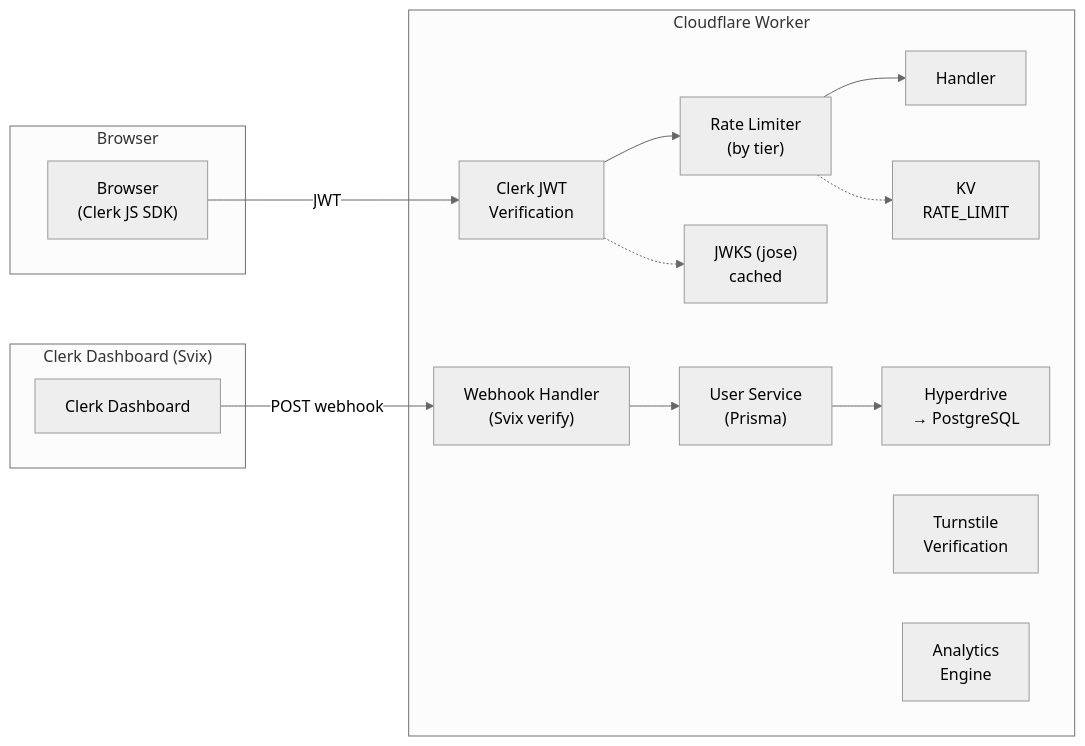
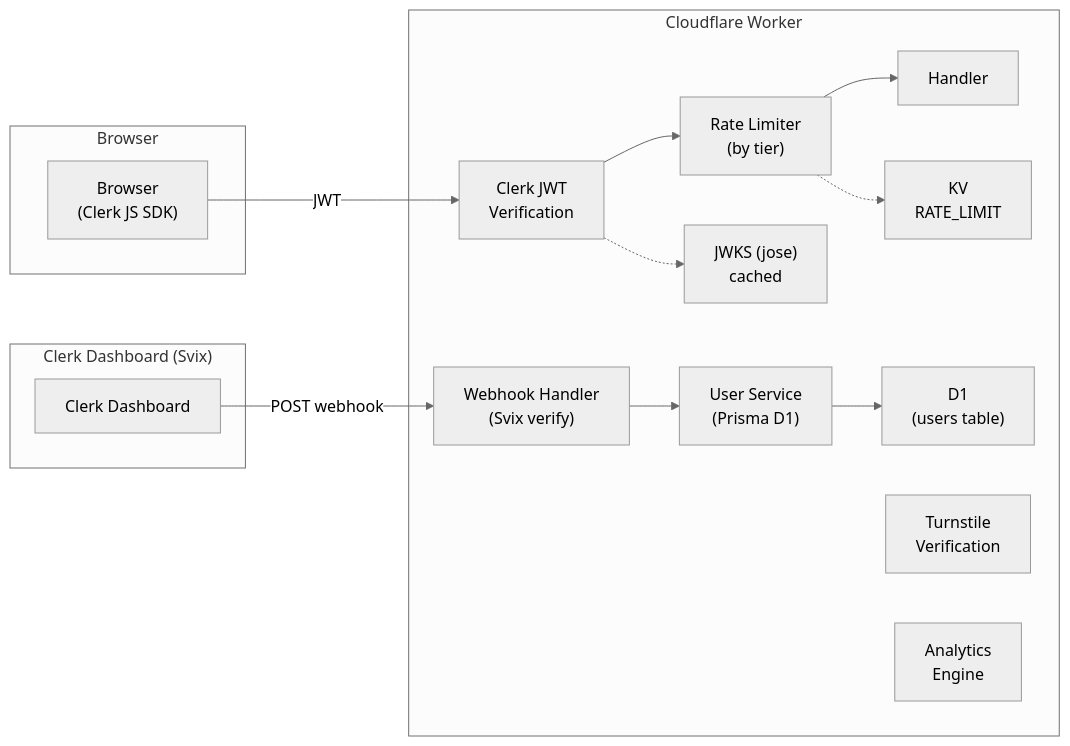
One commit to AdguardTeam/HostlistCompiler changed the first of 3 diagrams in docs/auth/clerk-cloudflare-integration.md. Above: the diagram before and after it, drawn with Mermaid (neutral theme). The commit also changed other lines of this file and 3 other files, not shown here.

First line of the commit message:
docs(auth): update D1 architecture, fix PostgreSQL refs, add deployment guide

````diff
--- a/docs/auth/clerk-cloudflare-integration.md
+++ b/docs/auth/clerk-cloudflare-integration.md
@@ -54,32 +55,32 @@
 ```mermaid
 flowchart LR
     subgraph Browser
         CLERKJS["Browser\n(Clerk JS SDK)"]
     end
 
     subgraph DASH["Clerk Dashboard (Svix)"]
         SVIX["Clerk Dashboard"]
     end
 
     subgraph WORKER["Cloudflare Worker"]
         JWT_VERIFY["Clerk JWT\nVerification"]
         RATE_LIMITER["Rate Limiter\n(by tier)"]
         HANDLER["Handler"]
         JWKS["JWKS (jose)\ncached"]
         KV_RATE["KV\nRATE_LIMIT"]
         WEBHOOK["Webhook Handler\n(Svix verify)"]
-        USER_SVC["User Service\n(Prisma)"]
-        HYPERDRIVE["Hyperdrive\n→ PostgreSQL"]
+        USER_SVC["User Service\n(Prisma D1)"]
+        D1["D1\n(users table)"]
         TURNSTILE["Turnstile\nVerification"]
         ANALYTICS["Analytics\nEngine"]
     end
 
     CLERKJS -->|JWT| JWT_VERIFY
     JWT_VERIFY --> RATE_LIMITER
     RATE_LIMITER --> HANDLER
     JWT_VERIFY -.-> JWKS
     RATE_LIMITER -.-> KV_RATE
     SVIX -->|POST webhook| WEBHOOK
     WEBHOOK --> USER_SVC
-    USER_SVC --> HYPERDRIVE
+    USER_SVC --> D1
 ```
````
